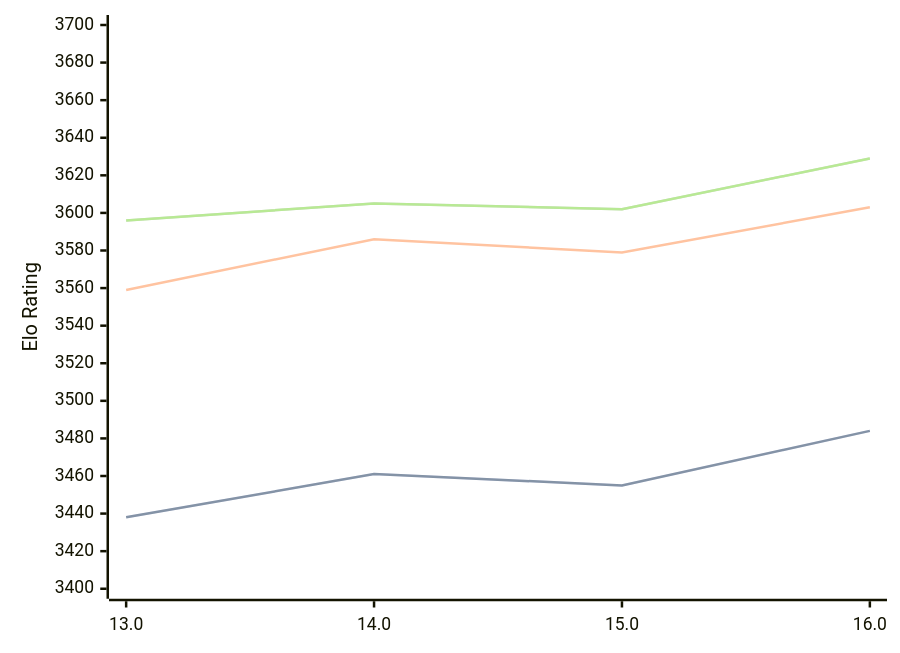
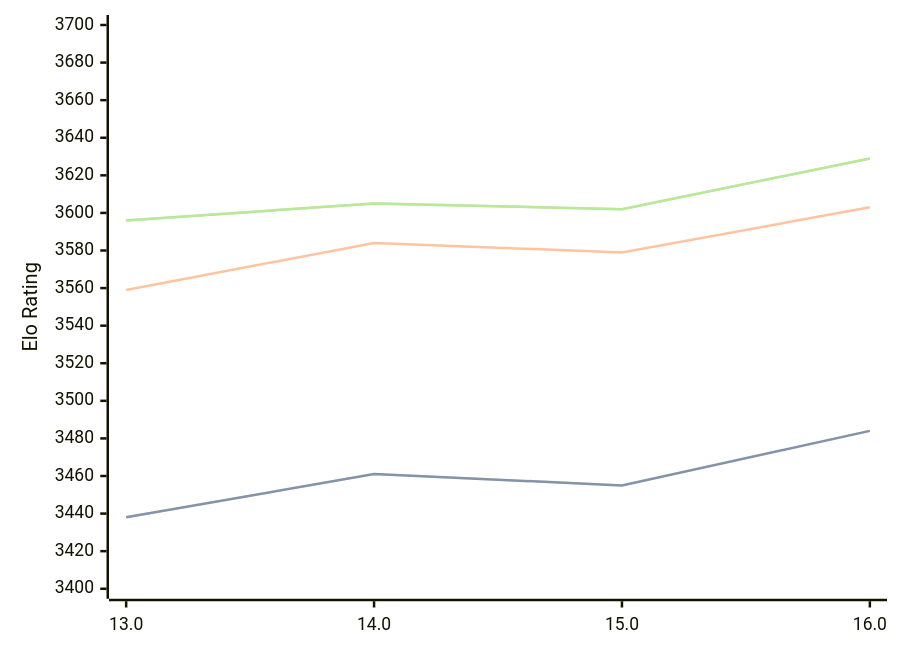
One commit to computer-chess-index/cci changed the diagram in engines/Obsidian.md. Above: the diagram before and after it, drawn with Mermaid. The commit also changed other lines of this file, not shown here.

````diff
--- a/engines/Obsidian.md
+++ b/engines/Obsidian.md
@@ -43,11 +43,11 @@
 ```mermaid
 %%{init: {"theme":"base","themeVariables":{"seriesColors:['#a3a3a3','#222221','#faa371']}}}%%
 xychart-beta
   x-axis ["13.0", "14.0", "15.0", "16.0"]
   y-axis "Elo Rating" 3400 --> 3700
   line "STC (8.0+0.08s)" [3438, 3461, 3455, 3484]
   line "STC (8.0+0.08s)" [3438, 3461, 3455, 3484]
-  line "LTC (60.0+0.60s)" [3559, 3586, 3579, 3603]
+  line "LTC (60.0+0.60s)" [3559, 3584, 3579, 3603]
   line "VLTC (2m24s+1.12s)" [3596, 3605, 3602, 3629]
   line "VLTC (2m24s+1.12s)" [3596, 3605, 3602, 3629]
 ```
````
